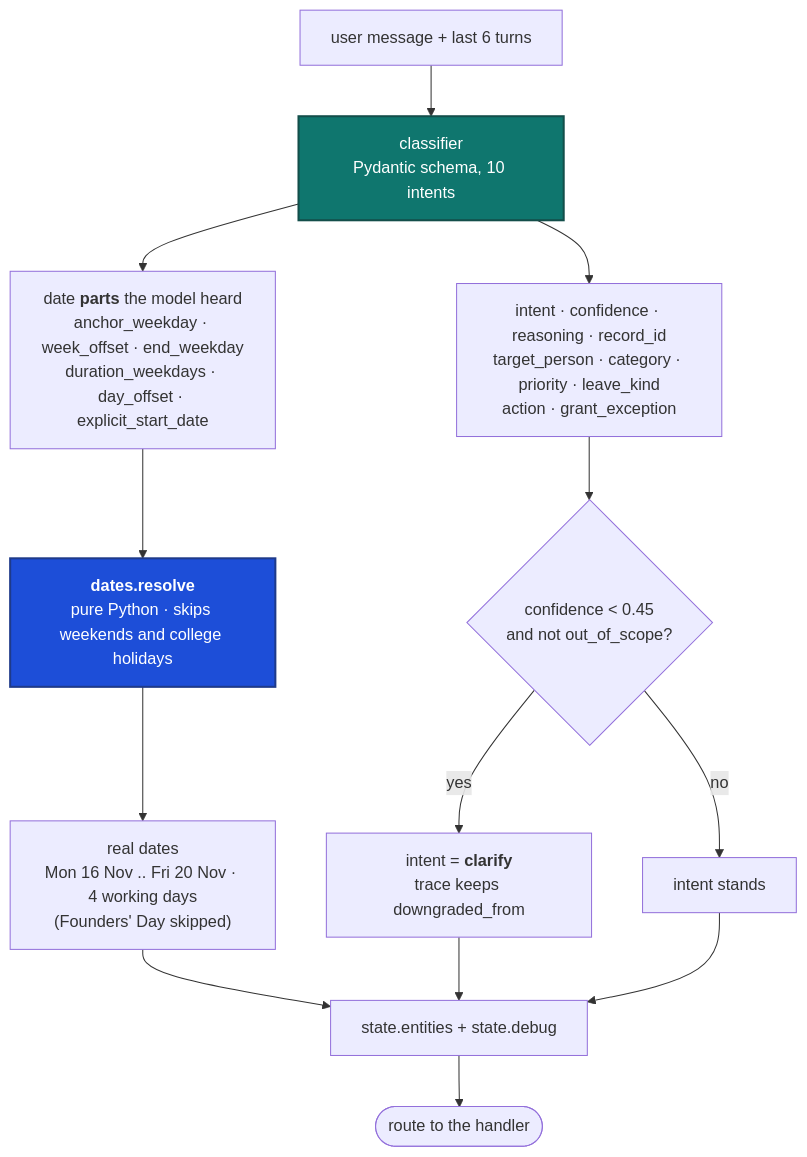
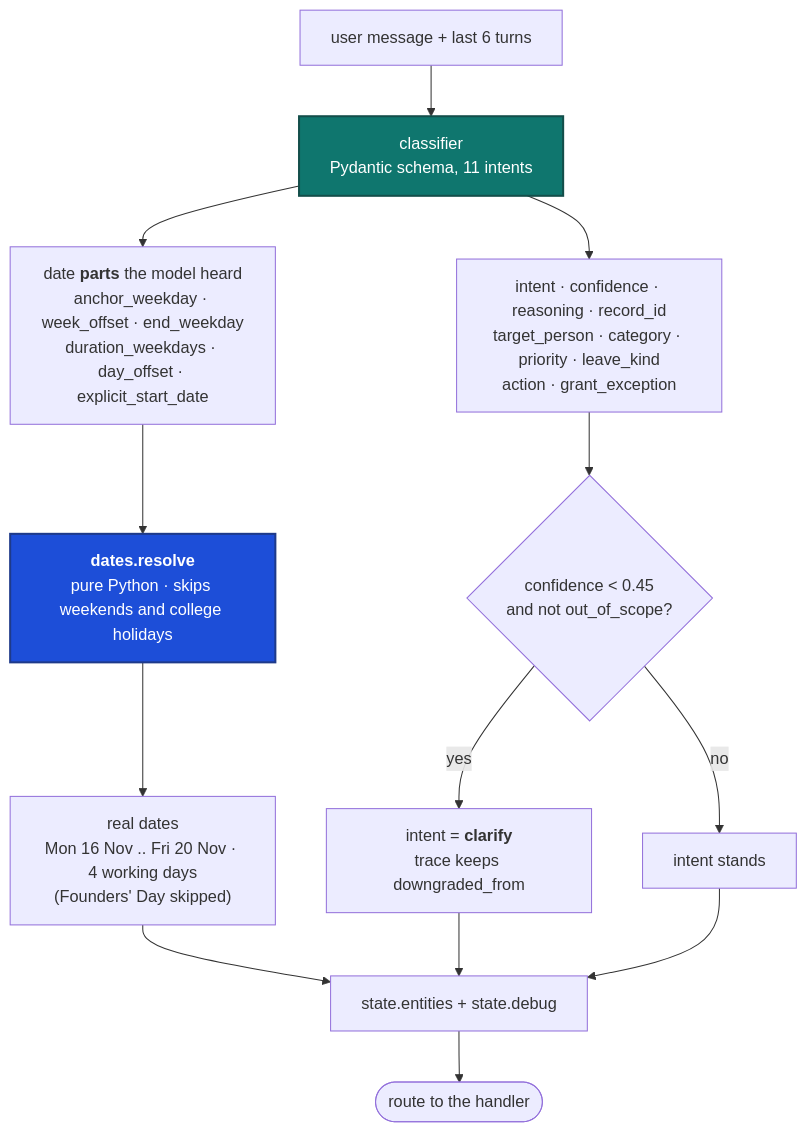
Before and after one commit to elightknight23/compass: the second of 2 diagrams in docs/diagrams/langgraph_flow.md, drawn with Mermaid. The commit also changed other lines of this file and 30 other files, not shown here.

````diff
--- a/docs/diagrams/langgraph_flow.md
+++ b/docs/diagrams/langgraph_flow.md
@@ -114,24 +117,24 @@
 ```mermaid
 flowchart TD
-    MSG["user message + last 6 turns"] --> LLM["classifier<br/>Pydantic schema, 10 intents"]
+    MSG["user message + last 6 turns"] --> LLM["classifier<br/>Pydantic schema, 11 intents"]
 
     LLM --> PARTS["date <b>parts</b> the model heard<br/>anchor_weekday · week_offset · end_weekday<br/>duration_weekdays · day_offset · explicit_start_date"]
     LLM --> META["intent · confidence · reasoning · record_id<br/>target_person · category · priority · leave_kind<br/>action · grant_exception"]
 
     PARTS --> PY["<b>dates.resolve</b><br/>pure Python · skips weekends and college holidays"]
     PY --> REAL["real dates<br/>Mon 16 Nov .. Fri 20 Nov · 4 working days<br/>(Founders' Day skipped)"]
 
     META --> FLOOR{"confidence &lt; 0.45<br/>and not out_of_scope?"}
     FLOOR -->|yes| DOWN["intent = <b>clarify</b><br/>trace keeps downgraded_from"]
     FLOOR -->|no| KEEP["intent stands"]
 
     REAL --> OUT["state.entities + state.debug"]
     DOWN --> OUT
     KEEP --> OUT
     OUT --> ROUTE(["route to the handler"])
 
     classDef llm fill:#0f766e,stroke:#134e4a,stroke-width:2px,color:#fff
     classDef py fill:#1d4ed8,stroke:#1e3a8a,stroke-width:2px,color:#fff
     class LLM llm
     class PY py
 ```
````
